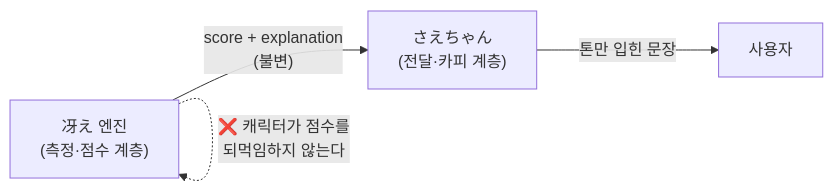
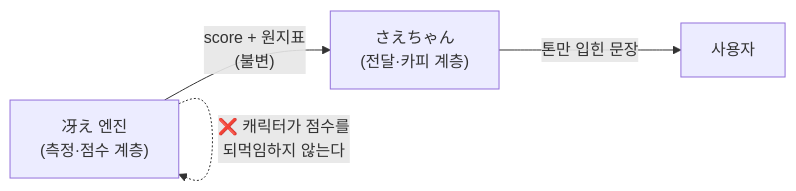
The diagram in docs/character-voice.md (2daKaizen-gun/sae), drawn with Mermaid before and after one commit. The commit also changed other lines of this file and 3 other files, not shown here.

````diff
--- a/docs/character-voice.md
+++ b/docs/character-voice.md
@@ -29,6 +29,6 @@
 ```mermaid
 flowchart LR
-    E["冴え 엔진<br/>(측정·점수 계층)"] -->|"score + explanation<br/>(불변)"| V["さえちゃん<br/>(전달·카피 계층)"]
+    E["冴え 엔진<br/>(측정·점수 계층)"] -->|"score + 원지표<br/>(불변)"| V["さえちゃん<br/>(전달·카피 계층)"]
     V -->|"톤만 입힌 문장"| U["사용자"]
     E -. "❌ 캐릭터가 점수를<br/>되먹임하지 않는다" .-> E
 ```
````
